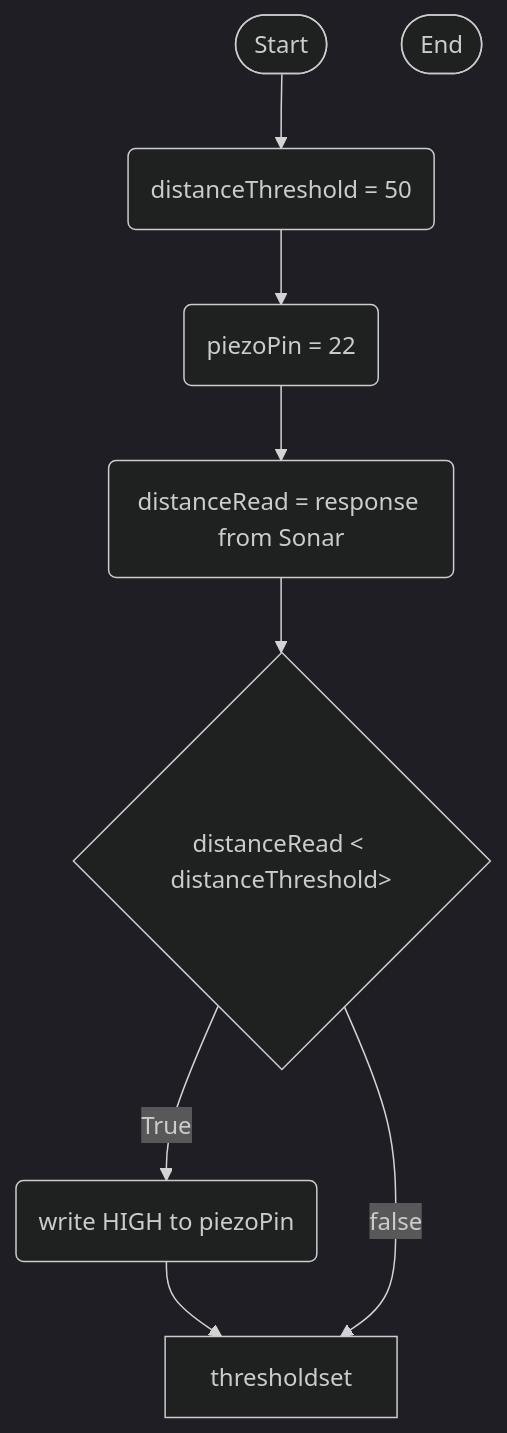
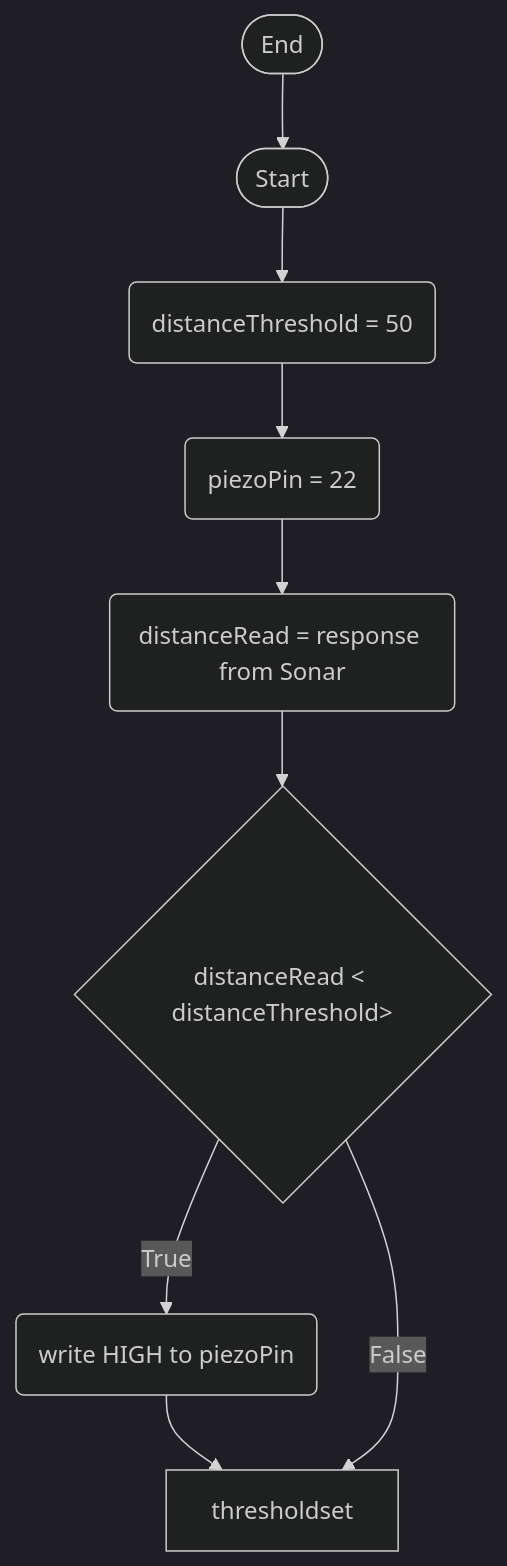
One commit to 0717330/arduino-board-project changed the diagram in logic.md. Above: the diagram before and after it, drawn with Mermaid (dark theme).

````diff
--- a/logic.md
+++ b/logic.md
@@ -1,20 +1,21 @@
 ```mermaid
 flowchart TD
 terminalStart([Start])
 terminalEnd([End])
 
 thresholdSet(distanceThreshold = 50)
 setPiezoPin(piezoPin = 22)
 currentDistanceReading(distanceRead = response from Sonar)
 activatePiezo(write HIGH to piezoPin)
 ifDistanceLessThanThreshold{distanceRead < distanceThreshold>}
 
 terminalStart --> thresholdSet
 thresholdSet --> setPiezoPin
 setPiezoPin --> currentDistanceReading
 currentDistanceReading --> ifDistanceLessThanThreshold
 ifDistanceLessThanThreshold --> |True| activatePiezo
 activatePiezo --> thresholdset
-ifDistanceLessThanThreshold --> |false| thresholdset
+ifDistanceLessThanThreshold ---> |False| thresholdset
 
+terminalEnd --> terminalStart
 ```
````
